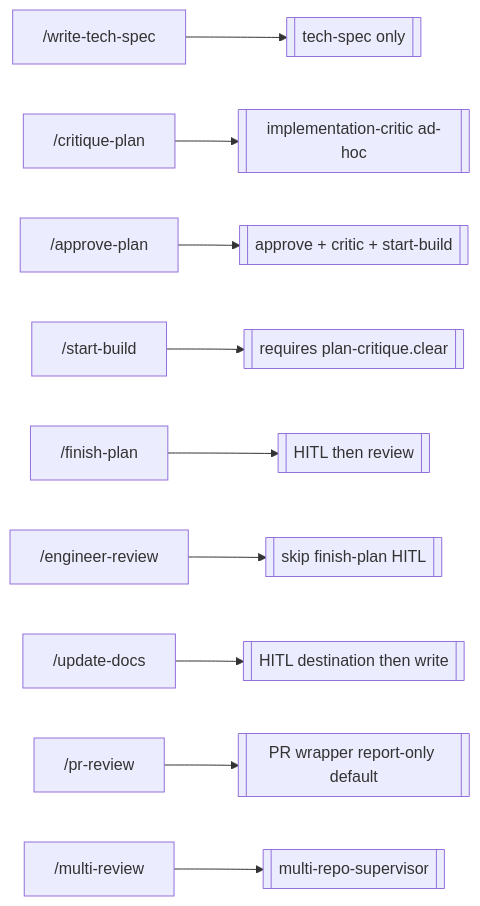
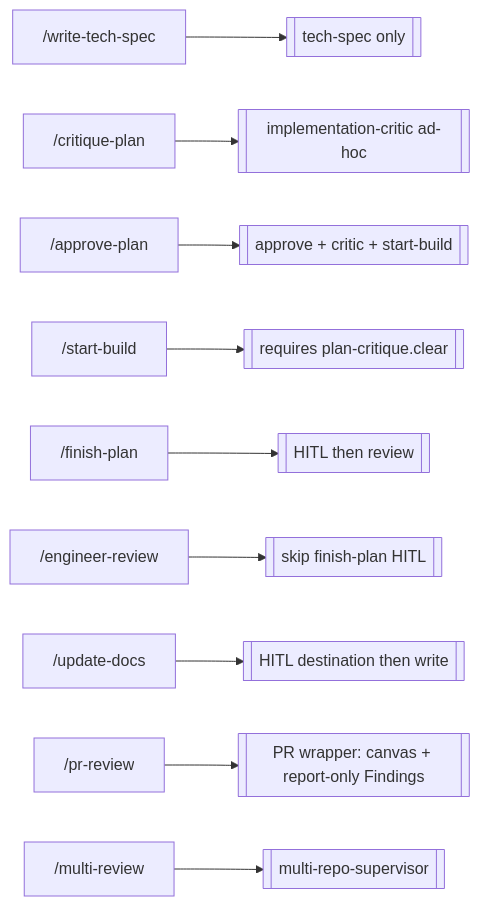
One commit to a-trembak/cursor-spells changed the ninth of 9 diagrams in docs/superpowers/pipeline-flow.md. Above: the diagram before and after it, drawn with Mermaid. The commit also changed other lines of this file and 6 other files, not shown here.

First line of the commit message:
Wire PR Review Canvas into the /pr-review pipeline.

````diff
--- a/docs/superpowers/pipeline-flow.md
+++ b/docs/superpowers/pipeline-flow.md
@@ -342,12 +342,12 @@
 ```mermaid
 flowchart LR
   writeSpec["/write-tech-spec"] --> techOnly[["tech-spec only"]]
   critique["/critique-plan"] --> criticOnly[["implementation-critic ad-hoc"]]
   approve["/approve-plan"] --> approveFlow[["approve + critic + start-build"]]
   build["/start-build"] --> buildOnly[["requires plan-critique.clear"]]
   finish["/finish-plan"] --> finishFlow[["HITL then review"]]
   eng["/engineer-review"] --> reviewDirect[["skip finish-plan HITL"]]
   docs["/update-docs"] --> docsFlow[["HITL destination then write"]]
-  pr["/pr-review"] --> prWrap[["PR wrapper report-only default"]]
+  pr["/pr-review"] --> prWrap[["PR wrapper: canvas + report-only Findings"]]
   multi["/multi-review"] --> multiDirect[["multi-repo-supervisor"]]
 ```
````
